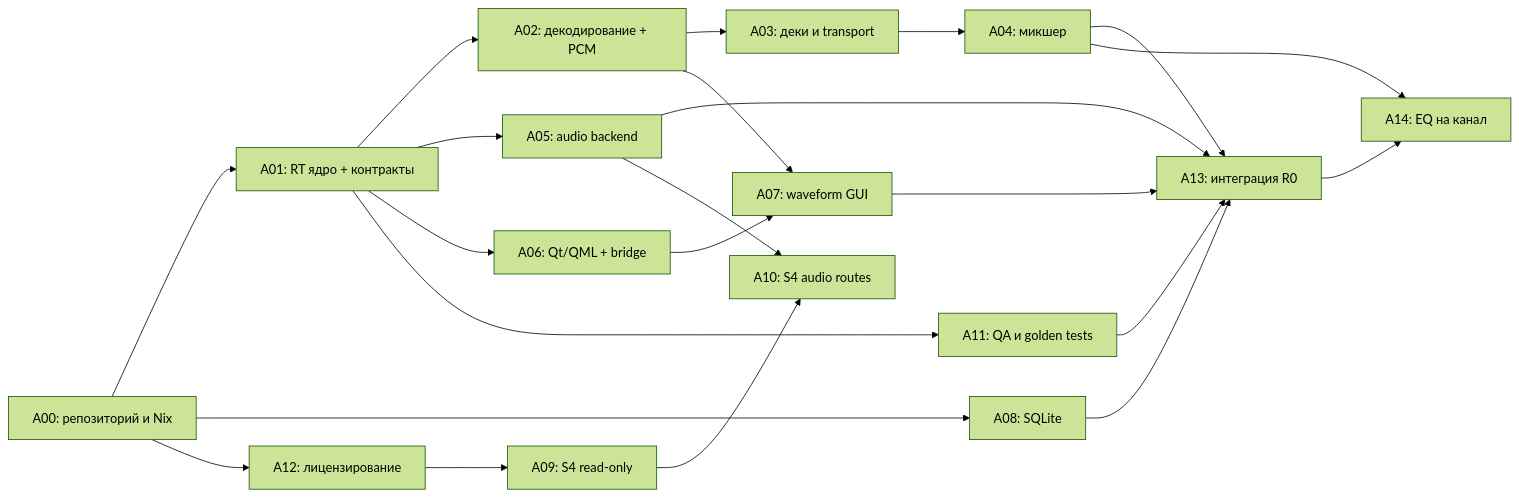
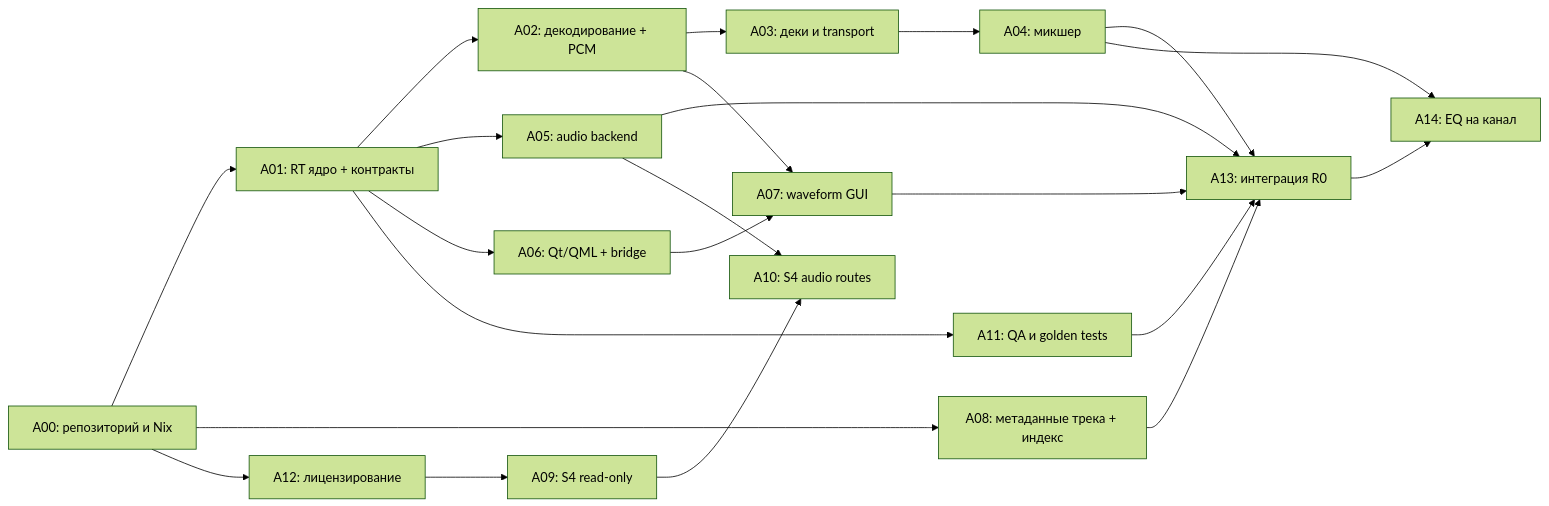
The first of 2 diagrams in DJ_Platform_Implementation_Plan_v0.1_RU.md (UncleAndy/hauler-dj-platform), drawn with Mermaid (forest theme) before and after one commit. The commit also changed other lines of this file and 5 other files, not shown here.

First line of the commit message:
docs(data): метаданные трека едут вместе с музыкой, база — только индекс

````diff
--- a/DJ_Platform_Implementation_Plan_v0.1_RU.md
+++ b/DJ_Platform_Implementation_Plan_v0.1_RU.md
@@ -55,24 +55,24 @@
 ```mermaid
 flowchart LR
     A00["A00: репозиторий и Nix"] --> A01["A01: RT ядро + контракты"]
     A01 --> A02["A02: декодирование + PCM"]
     A02 --> A03["A03: деки и transport"]
     A03 --> A04["A04: микшер"]
     A04 --> A13["A13: интеграция R0"]
     A01 --> A05["A05: audio backend"]
     A05 --> A13
     A01 --> A06["A06: Qt/QML + bridge"]
     A06 --> A07["A07: waveform GUI"]
     A02 --> A07
     A07 --> A13
-    A00 --> A08["A08: SQLite"]
+    A00 --> A08["A08: метаданные трека + индекс"]
     A08 --> A13
     A00 --> A12["A12: лицензирование"]
     A12 --> A09["A09: S4 read-only"]
     A09 --> A10["A10: S4 audio routes"]
     A05 --> A10
     A01 --> A11["A11: QA и golden tests"]
     A11 --> A13
     A13 --> A14["A14: EQ на канал"]
     A04 --> A14
 ```
````
